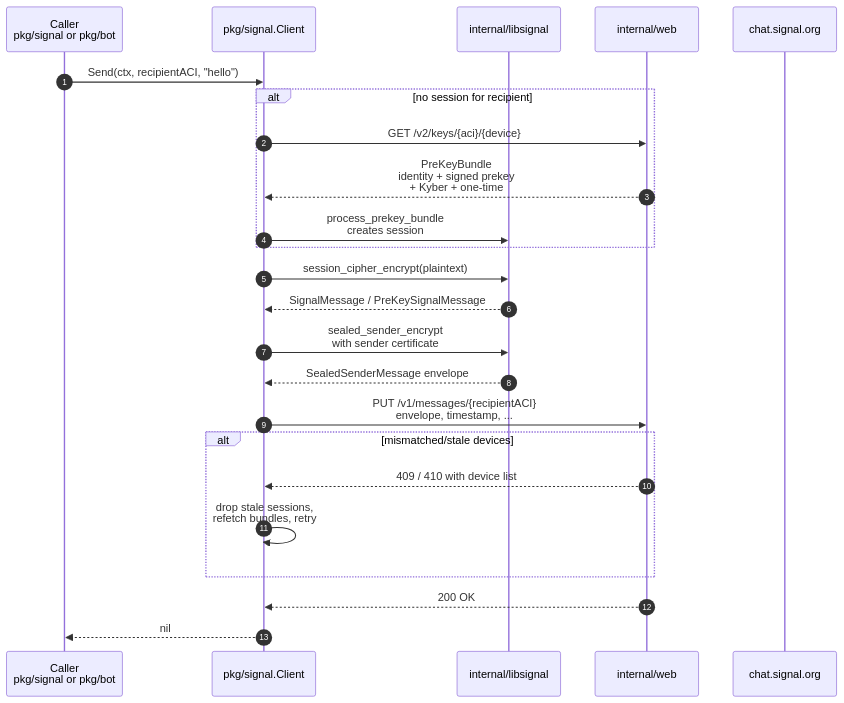
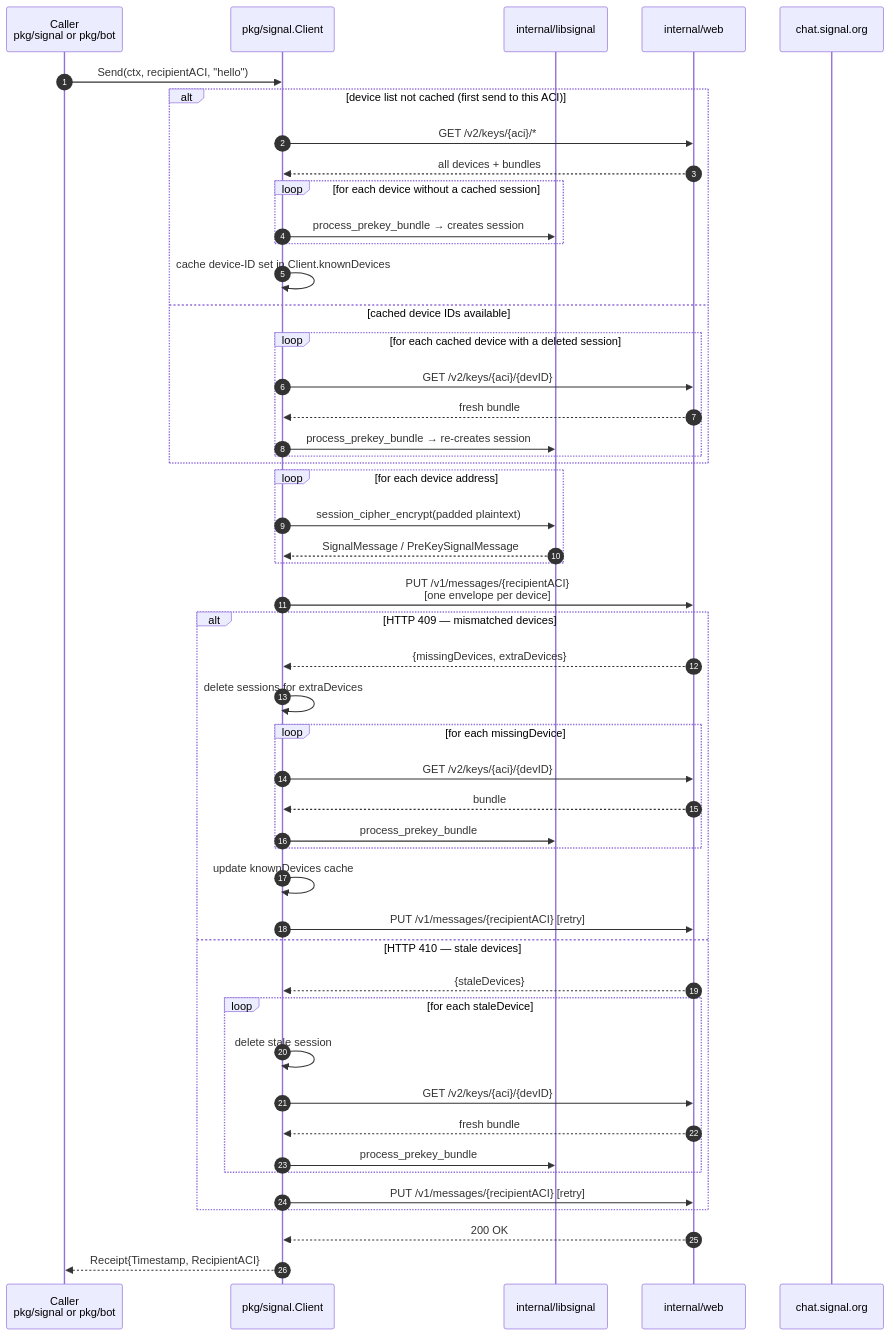
One commit to thehappydinoa/signal-go changed the diagram in docs/diagrams/send-flow.md. Above: the diagram before and after it, drawn with Mermaid. The commit also changed other lines of this file and 11 other files, not shown here.

````diff
--- a/docs/diagrams/send-flow.md
+++ b/docs/diagrams/send-flow.md
@@ -7,27 +6,57 @@
 ```mermaid
 sequenceDiagram
     autonumber
     participant App as Caller<br/>pkg/signal or pkg/bot
     participant Sig as pkg/signal.Client
     participant LS as internal/libsignal
     participant Web as internal/web
     participant Srv as chat.signal.org
 
     App->>Sig: Send(ctx, recipientACI, "hello")
-    alt no session for recipient
-        Sig->>Web: GET /v2/keys/{aci}/{device}
-        Web-->>Sig: PreKeyBundle<br/>identity + signed prekey<br/>+ Kyber + one-time
-        Sig->>LS: process_prekey_bundle<br/>creates session
+
+    alt device list not cached (first send to this ACI)
+        Sig->>Web: GET /v2/keys/{aci}/*
+        Web-->>Sig: all devices + bundles
+        loop for each device without a cached session
+            Sig->>LS: process_prekey_bundle → creates session
+        end
+        Sig->>Sig: cache device-ID set in Client.knownDevices
+    else cached device IDs available
+        loop for each cached device with a deleted session
+            Sig->>Web: GET /v2/keys/{aci}/{devID}
+            Web-->>Sig: fresh bundle
+            Sig->>LS: process_prekey_bundle → re-creates session
+        end
     end
-    Sig->>LS: session_cipher_encrypt(plaintext)
-    LS-->>Sig: SignalMessage / PreKeySignalMessage
-    Sig->>LS: sealed_sender_encrypt<br/>with sender certificate
-    LS-->>Sig: SealedSenderMessage envelope
-    Sig->>Web: PUT /v1/messages/{recipientACI}<br/>envelope, timestamp, ...
-    alt mismatched/stale devices
-        Web-->>Sig: 409 / 410 with device list
-        Sig->>Sig: drop stale sessions,<br/>refetch bundles, retry
+
+    loop for each device address
+        Sig->>LS: session_cipher_encrypt(padded plaintext)
+        LS-->>Sig: SignalMessage / PreKeySignalMessage
     end
+
+    Sig->>Web: PUT /v1/messages/{recipientACI}<br/>[one envelope per device]
+
+    alt HTTP 409 — mismatched devices
+        Web-->>Sig: {missingDevices, extraDevices}
+        Sig->>Sig: delete sessions for extraDevices
+        loop for each missingDevice
+            Sig->>Web: GET /v2/keys/{aci}/{devID}
+            Web-->>Sig: bundle
+            Sig->>LS: process_prekey_bundle
+        end
+        Sig->>Sig: update knownDevices cache
+        Sig->>Web: PUT /v1/messages/{recipientACI} [retry]
+    else HTTP 410 — stale devices
+        Web-->>Sig: {staleDevices}
+        loop for each staleDevice
+            Sig->>Sig: delete stale session
+            Sig->>Web: GET /v2/keys/{aci}/{devID}
+            Web-->>Sig: fresh bundle
+            Sig->>LS: process_prekey_bundle
+        end
+        Sig->>Web: PUT /v1/messages/{recipientACI} [retry]
+    end
+
     Web-->>Sig: 200 OK
-    Sig-->>App: nil
+    Sig-->>App: Receipt{Timestamp, RecipientACI}
 ```
````
